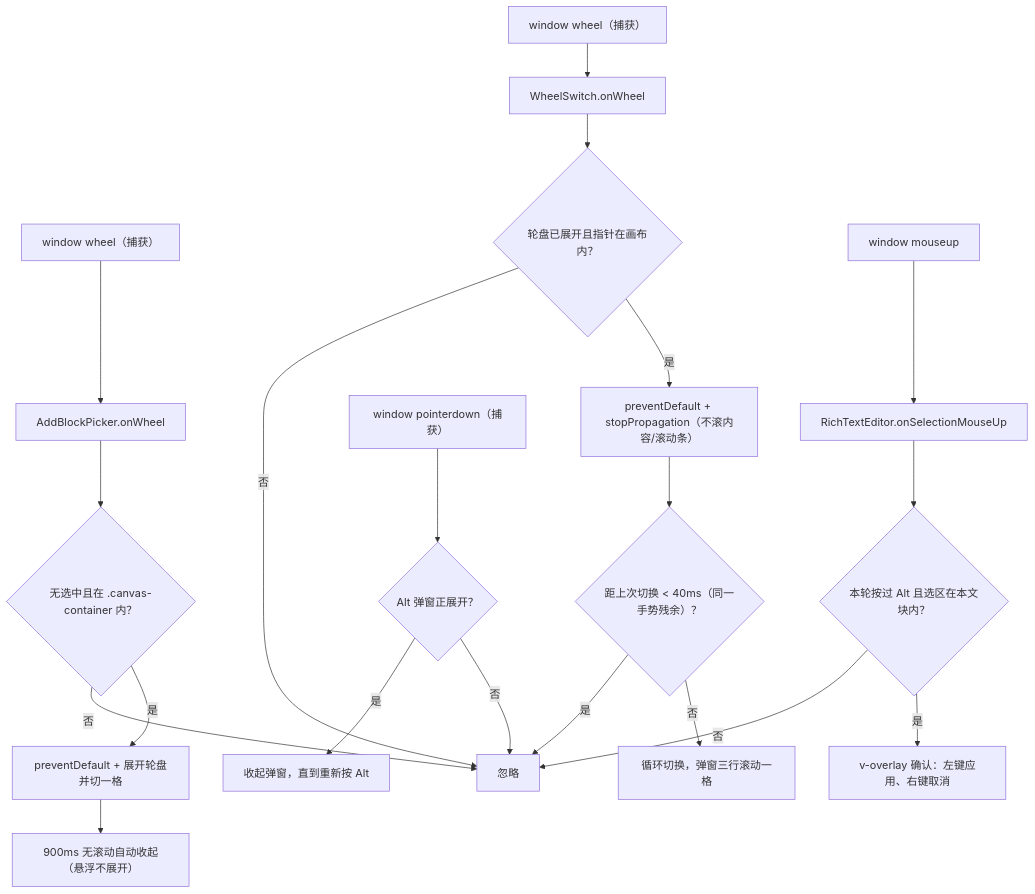
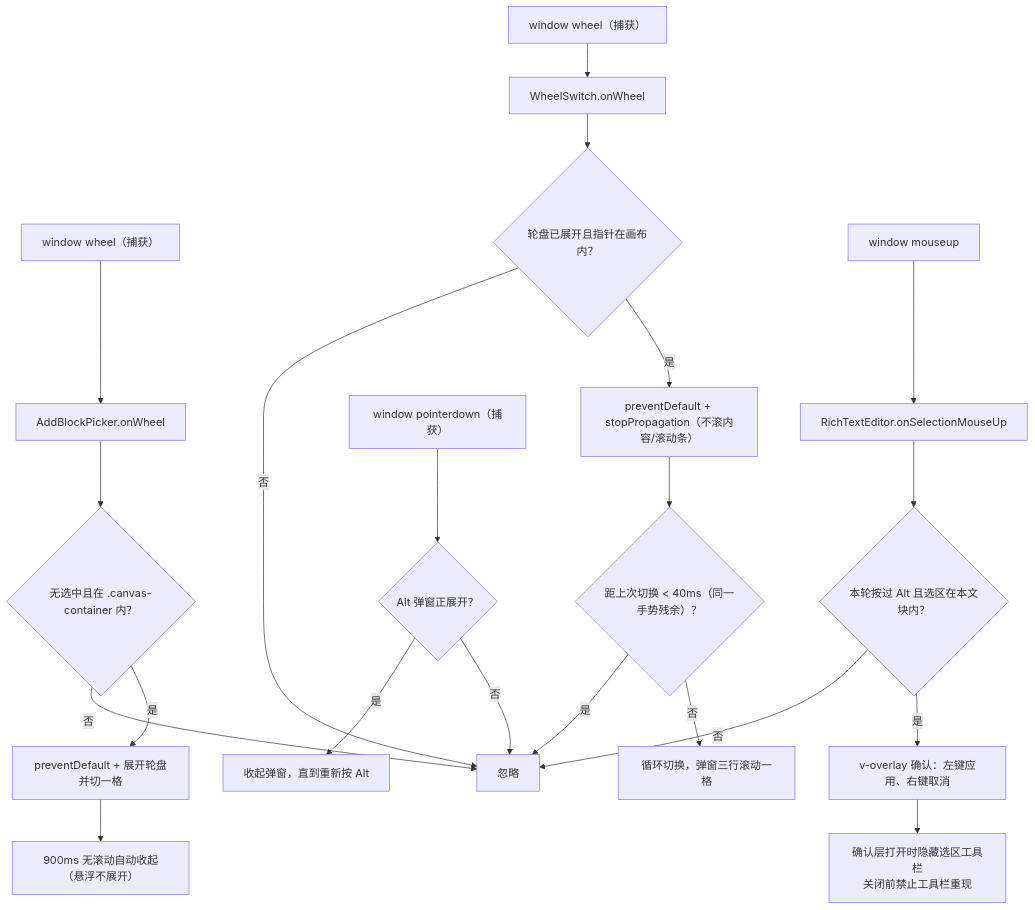
The fourth of 6 diagrams in src/docs/flow/07-events-flow.md (LogicAurora/Mindrizzle), drawn with Mermaid before and after one commit. The commit also changed 1 other file, not shown here.

Commit message:
fix:v-overlay与toolbar互斥

````diff
--- a/src/docs/flow/07-events-flow.md
+++ b/src/docs/flow/07-events-flow.md
@@ -62,25 +62,26 @@
 ```mermaid
 flowchart TD
   A["window wheel（捕获）"] --> B["AddBlockPicker.onWheel"]
   B --> C{"无选中且在 .canvas-container 内？"}
   C -->|否| Z["忽略"]
   C -->|是| D["preventDefault + 展开轮盘并切一格"]
   D --> D2["900ms 无滚动自动收起（悬浮不展开）"]
 
   F["window wheel（捕获）"] --> G["WheelSwitch.onWheel"]
   G --> H{"轮盘已展开且指针在画布内？"}
   H -->|否| Z
   H -->|是| I["preventDefault + stopPropagation（不滚内容/滚动条）"]
   I --> I2{"距上次切换 < 40ms（同一手势残余）？"}
   I2 -->|是| Z
   I2 -->|否| I3["循环切换，弹窗三行滚动一格"]
 
   P["window pointerdown（捕获）"] --> Q{"Alt 弹窗正展开？"}
   Q -->|是| Q2["收起弹窗，直到重新按 Alt"]
   Q -->|否| Z
 
   K["window mouseup"] --> L["RichTextEditor.onSelectionMouseUp"]
   L --> M{"本轮按过 Alt 且选区在本文块内？"}
   M -->|否| Z
   M -->|是| N["v-overlay 确认：左键应用、右键取消"]
+  N --> N2["确认层打开时隐藏选区工具栏<br/>关闭前禁止工具栏重现"]
 ```
````
